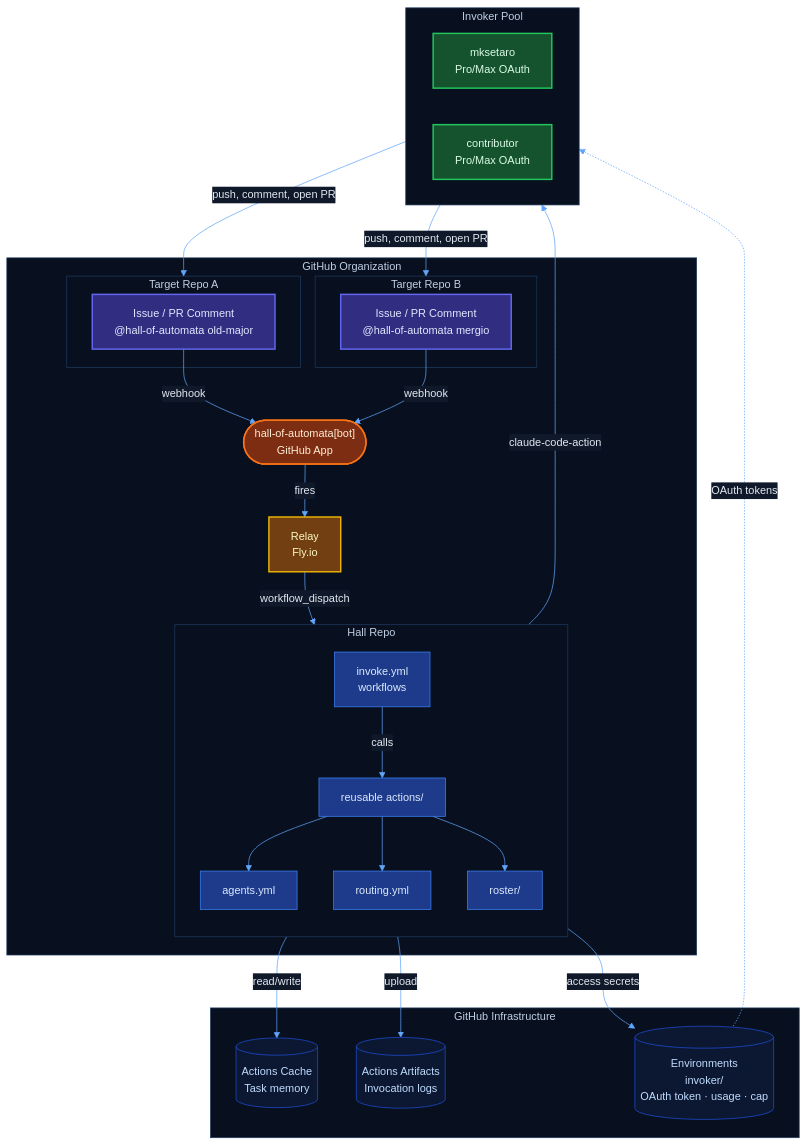
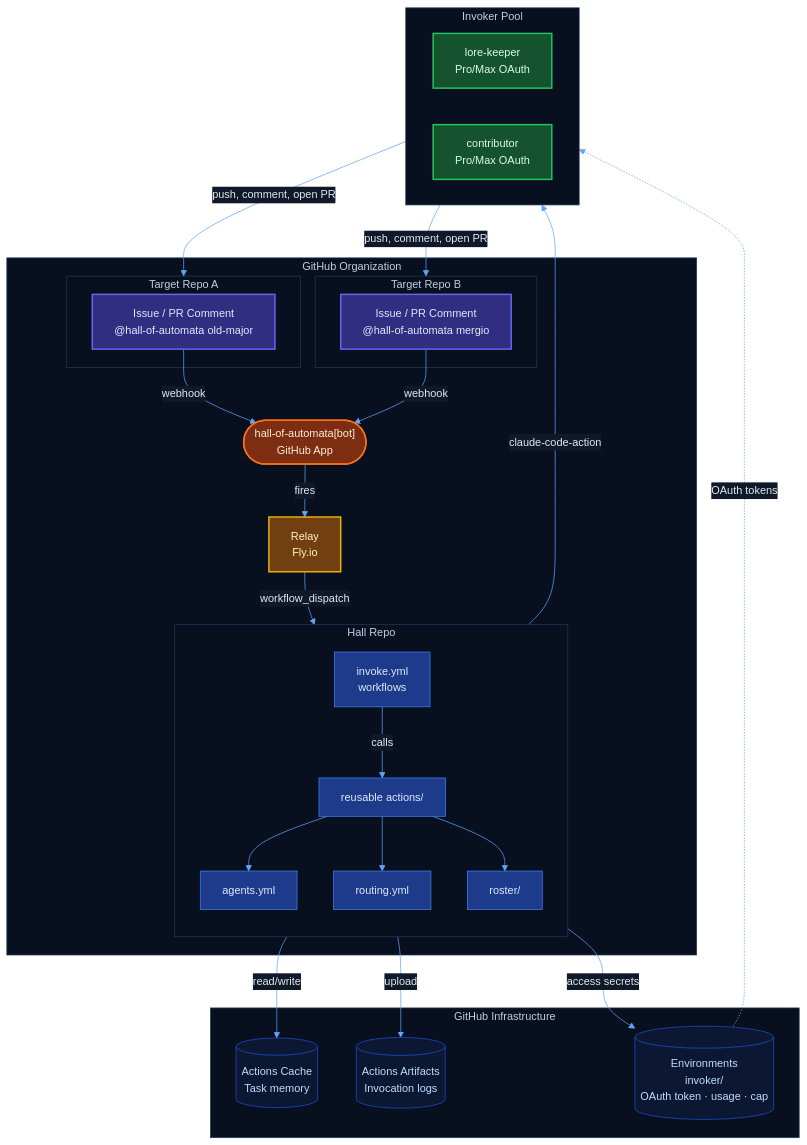
One commit to MockaSort-Studio/hall-of-automata changed the first of 2 diagrams in codex/design_document.md. Above: the diagram before and after it, drawn with Mermaid. The commit also changed other lines of this file and 1 other file, not shown here.

````diff
--- a/codex/design_document.md
+++ b/codex/design_document.md
@@ -17,64 +17,64 @@
 ```mermaid
 %%{init: {'theme': 'base', 'themeVariables': {'fontSize': '15px', 'primaryColor': '#1e3a5f', 'primaryTextColor': '#e2e8f0', 'primaryBorderColor': '#3b82f6', 'lineColor': '#60a5fa', 'secondaryColor': '#1e293b', 'tertiaryColor': '#0f1929', 'clusterBkg': '#080f1e', 'clusterBorder': '#1e3a5f', 'titleColor': '#c0cfe4', 'edgeLabelBackground': '#0f1929'}}}%%
 
 graph TB
     subgraph ORG["GitHub Organization"]
         subgraph TR1["Target Repo A"]
             I1["Issue / PR Comment\n@hall-of-automata old-major"]
         end
         subgraph TR2["Target Repo B"]
             I2["Issue / PR Comment\n@hall-of-automata mergio"]
         end
         subgraph HALL["Hall Repo"]
             direction TB
             WF["invoke.yml\nworkflows"]
             AY["agents.yml"]
             RY["routing.yml"]
             RS["roster/"]
             RA["reusable actions/"]
         end
         APP(["hall-of-automata[bot]\nGitHub App"])
         RELAY["Relay\nFly.io"]
     end
 
     subgraph GHINFRA["GitHub Infrastructure"]
         CACHE[("Actions Cache\nTask memory")]
         ARTIFACTS[("Actions Artifacts\nInvocation logs")]
         ENVS[("Environments\ninvoker/<handle>\nOAuth token · usage · cap")]
     end
 
     subgraph POOL["Invoker Pool"]
-        A1["mksetaro\nPro/Max OAuth"]
+        A1["lore-keeper\nPro/Max OAuth"]
         A2["contributor\nPro/Max OAuth"]
     end
 
     I1 -->|webhook| APP
     I2 -->|webhook| APP
     APP -->|fires| RELAY
     RELAY -->|workflow_dispatch| WF
     WF -->|calls| RA
     RA --> AY
     RA --> RY
     RA --> RS
     RA -->|read/write| CACHE
     RA -->|upload| ARTIFACTS
     RA -->|access secrets| ENVS
     ENVS -.->|OAuth tokens| POOL
     RA -->|claude-code-action| POOL
     POOL -->|push, comment, open PR| TR1
     POOL -->|push, comment, open PR| TR2
 
     classDef trigger fill:#312e81,stroke:#6366f1,color:#e0e7ff,stroke-width:2px
     classDef app fill:#7c2d12,stroke:#f97316,color:#ffedd5,stroke-width:2px
     classDef relay fill:#713f12,stroke:#eab308,color:#fef9c3,stroke-width:2px
     classDef hall fill:#1e3a8a,stroke:#3b82f6,color:#dbeafe
     classDef storage fill:#0c1832,stroke:#1d4ed8,color:#bfdbfe
     classDef invoker fill:#14532d,stroke:#22c55e,color:#dcfce7,stroke-width:2px
 
     class I1,I2 trigger
     class APP app
     class RELAY relay
     class WF,AY,RY,RS,RA hall
     class CACHE,ARTIFACTS,ENVS storage
     class A1,A2 invoker
 ```
````
